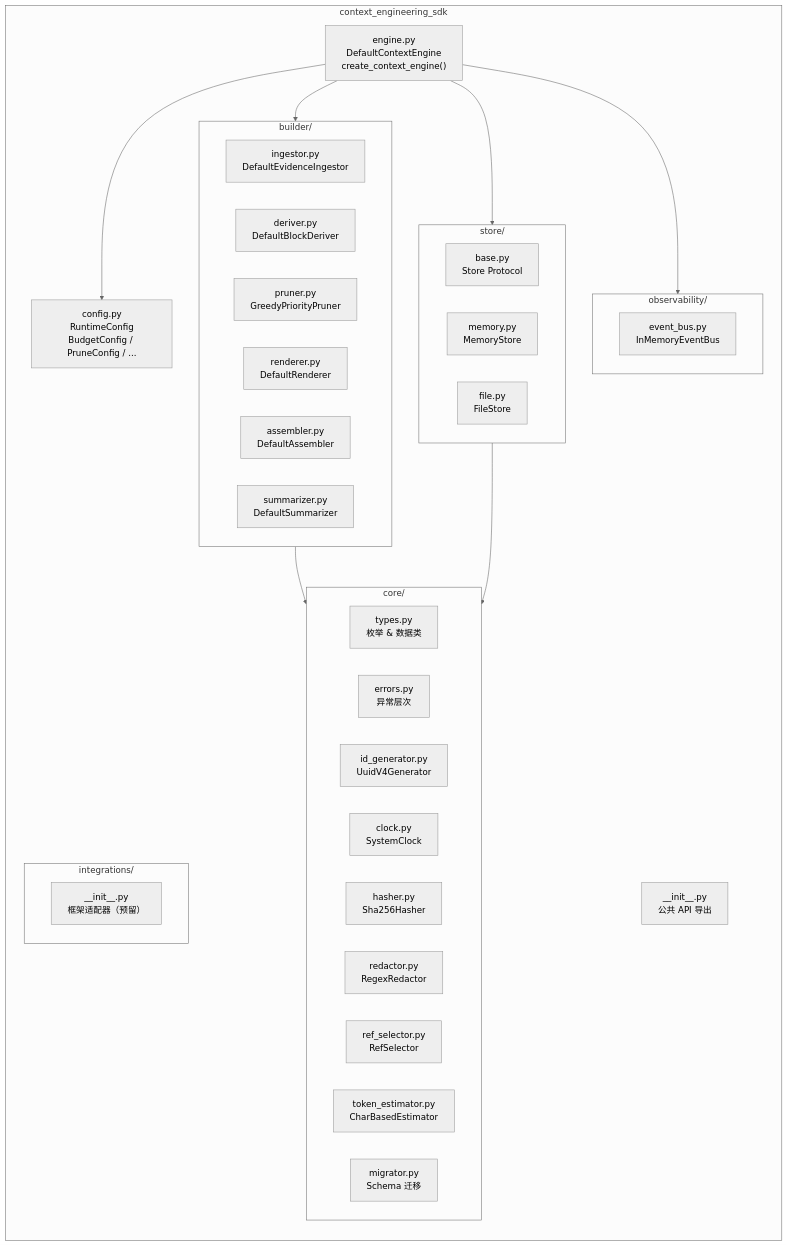
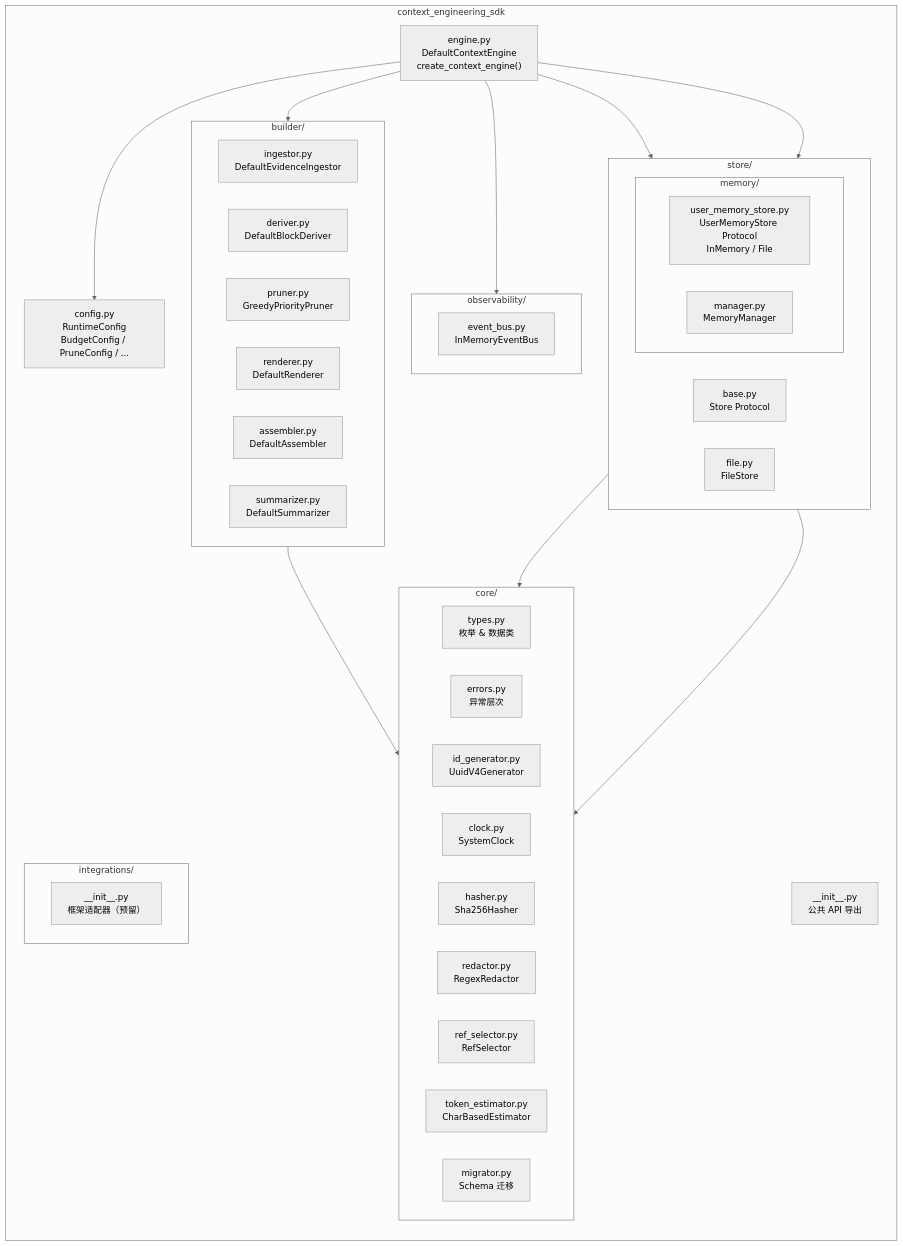
One commit to fooljohnny/context_engineering_sdk changed the second of 12 diagrams in doc/architecture.md. Above: the diagram before and after it, drawn with Mermaid (neutral theme). The commit also changed other lines of this file and 5 other files, not shown here.

````diff
--- a/doc/architecture.md
+++ b/doc/architecture.md
@@ -103,55 +107,63 @@
 ```mermaid
 graph TB
     subgraph PKG["context_engineering_sdk"]
         direction TB
 
         INIT["__init__.py<br/>公共 API 导出"]
         ENGINE["engine.py<br/>DefaultContextEngine<br/>create_context_engine()"]
         CONFIG["config.py<br/>RuntimeConfig<br/>BudgetConfig / PruneConfig / ..."]
 
         subgraph CORE["core/"]
             direction LR
             TYPES["types.py<br/>枚举 & 数据类"]
             ERRORS["errors.py<br/>异常层次"]
             ID["id_generator.py<br/>UuidV4Generator"]
             CLK["clock.py<br/>SystemClock"]
             HASH["hasher.py<br/>Sha256Hasher"]
             REDACT["redactor.py<br/>RegexRedactor"]
             REF["ref_selector.py<br/>RefSelector"]
             TOK["token_estimator.py<br/>CharBasedEstimator"]
             MIG["migrator.py<br/>Schema 迁移"]
         end
 
         subgraph BUILDER["builder/"]
             direction LR
             ING["ingestor.py<br/>DefaultEvidenceIngestor"]
             DER["deriver.py<br/>DefaultBlockDeriver"]
             PRU["pruner.py<br/>GreedyPriorityPruner"]
             REN["renderer.py<br/>DefaultRenderer"]
             ASM["assembler.py<br/>DefaultAssembler"]
             SUM["summarizer.py<br/>DefaultSummarizer"]
         end
 
         subgraph STORE["store/"]
             direction LR
             BASE["base.py<br/>Store Protocol"]
             MEM["memory.py<br/>MemoryStore"]
             FILE["file.py<br/>FileStore"]
         end
 
         subgraph OBS["observability/"]
             EB["event_bus.py<br/>InMemoryEventBus"]
         end
 
+        subgraph MEM["memory/"]
+            direction LR
+            UMS["user_memory_store.py<br/>UserMemoryStore Protocol<br/>InMemory / File"]
+            MGR["manager.py<br/>MemoryManager"]
+        end
+
         subgraph INT["integrations/"]
             PLACEHOLDER["__init__.py<br/>框架适配器（预留）"]
         end
     end
 
     ENGINE --> BUILDER
     ENGINE --> STORE
     ENGINE --> OBS
     ENGINE --> CONFIG
+    ENGINE --> MEM
     BUILDER --> CORE
     STORE --> CORE
+    MEM --> CORE
 ```
````
